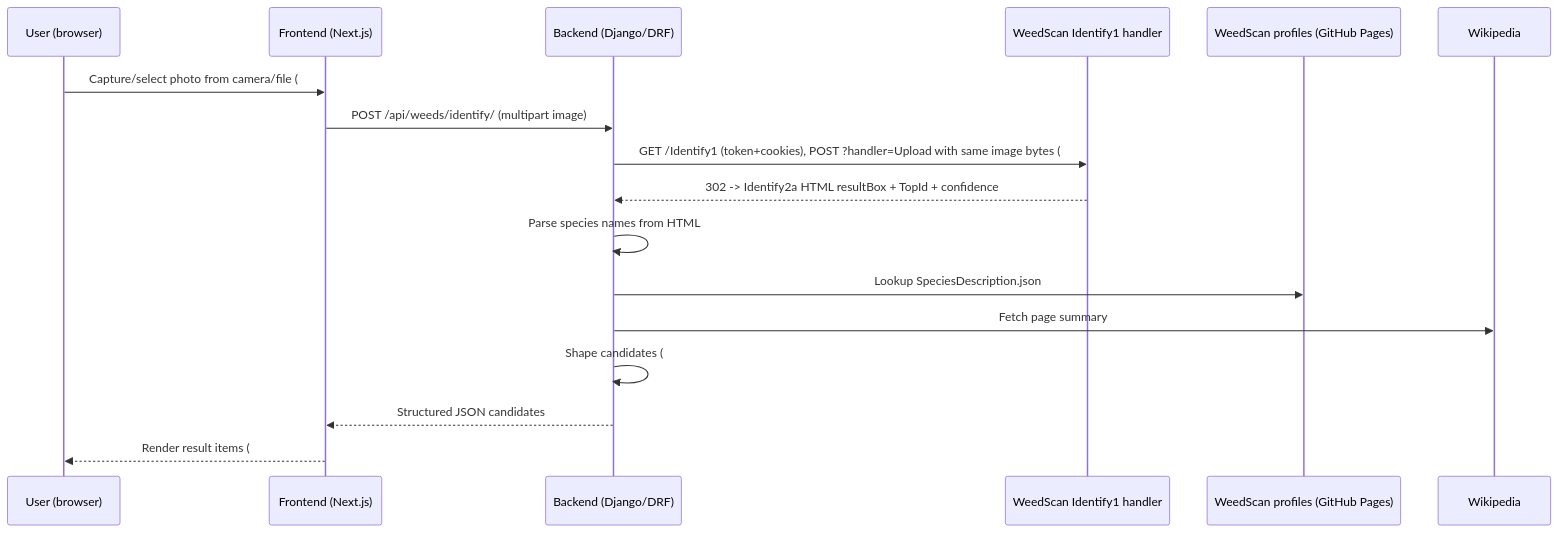
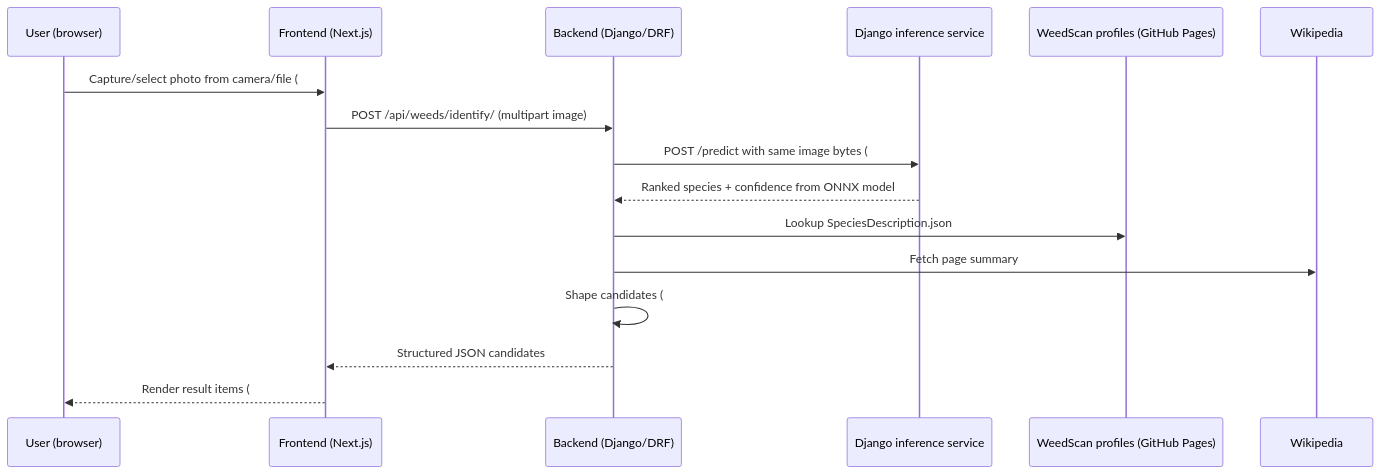
Before and after one commit to zephris/cfc_tokenmaxxing: the diagram in AGENTS.md, drawn with Mermaid. The commit also changed other lines of this file and 21 other files, not shown here.

Commit message:
changing inference model to local instead of using remote service

````diff
--- a/AGENTS.md
+++ b/AGENTS.md
@@ -60,20 +60,19 @@
 ```mermaid
 sequenceDiagram
     participant U as User (browser)
     participant FE as Frontend (Next.js)
     participant BE as Backend (Django/DRF)
-    participant WS as WeedScan Identify1 handler
+    participant INF as Django inference service
     participant WP as WeedScan profiles (GitHub Pages)
     participant WK as Wikipedia
 
     U->>FE: Capture/select photo from camera/file (#8)
     FE->>BE: POST /api/weeds/identify/ (multipart image)
-    BE->>WS: GET /Identify1 (token+cookies), POST ?handler=Upload with same image bytes (#9)
-    WS-->>BE: 302 -> Identify2a HTML resultBox + TopId + confidence
-    BE->>BE: Parse species names from HTML
+    BE->>INF: POST /predict with same image bytes (#9)
+    INF-->>BE: Ranked species + confidence from ONNX model
     BE->>WP: Lookup SpeciesDescription.json
     BE->>WK: Fetch page summary
     BE->>BE: Shape candidates (#11), store WeedSighting
     BE-->>FE: Structured JSON candidates
     FE-->>U: Render result items (#11), confirm/correct menu (#10)
 ```
````
